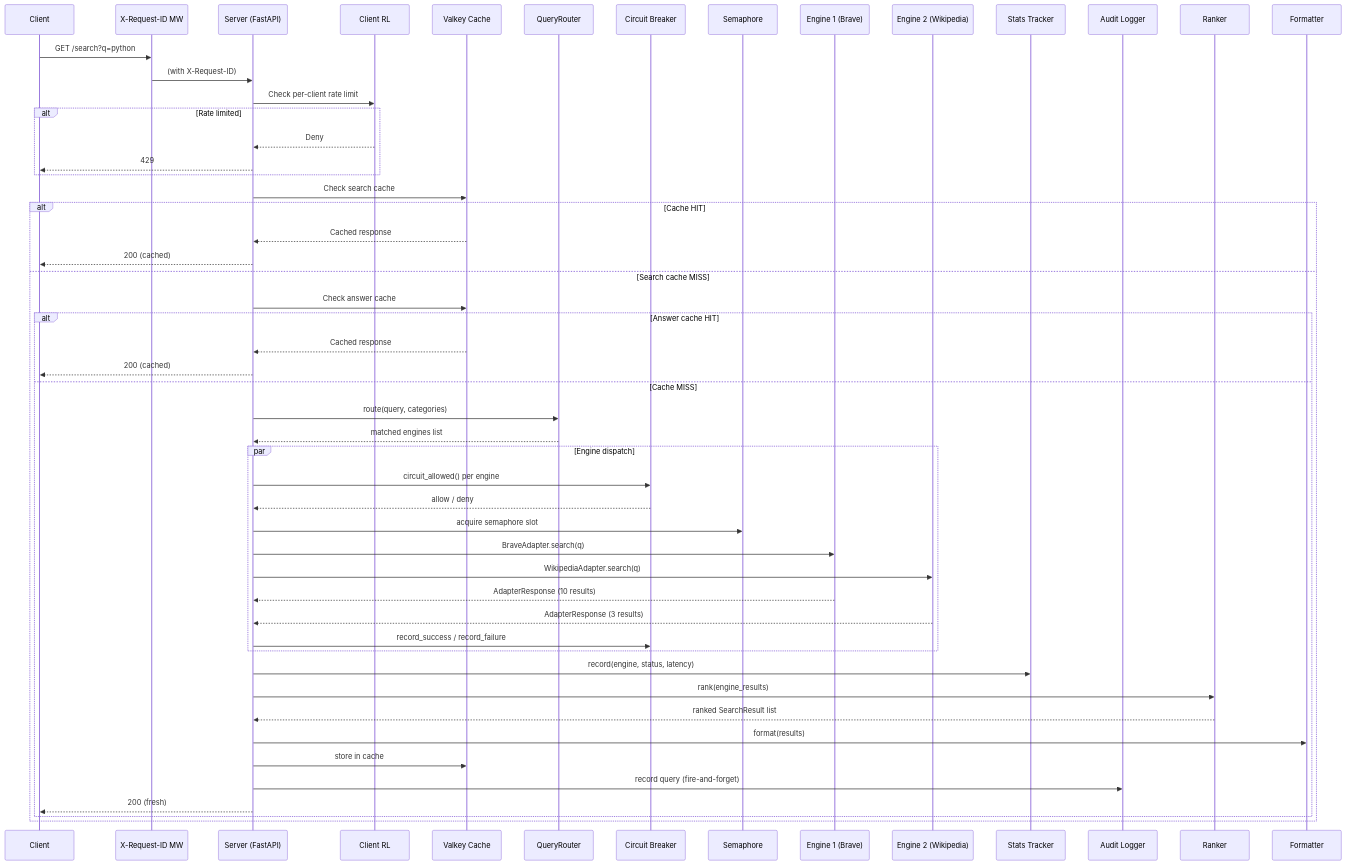
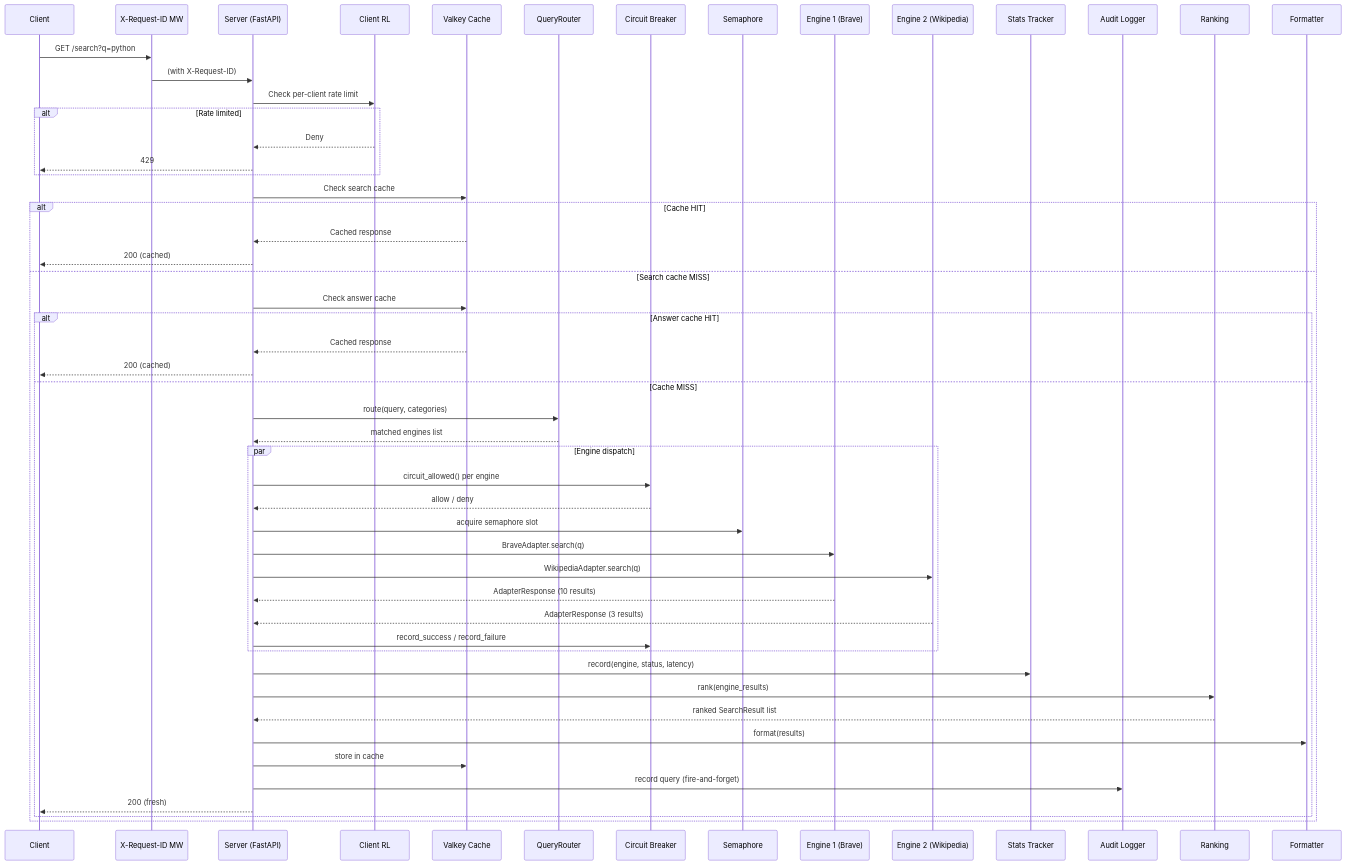
Before and after one commit to magnus919/SlopSearX: the second of 2 diagrams in droid-wiki/overview/architecture.md, drawn with Mermaid. The commit also changed 5 other files, not shown here.

````diff
--- a/droid-wiki/overview/architecture.md
+++ b/droid-wiki/overview/architecture.md
@@ -25,56 +25,56 @@
 ```mermaid
 sequenceDiagram
     participant C as Client
     participant MW as X-Request-ID MW
     participant S as Server (FastAPI)
     participant RL as Client RL
     participant CACHE as Valkey Cache
     participant QR as QueryRouter
     participant CB as Circuit Breaker
     participant SM as Semaphore
     participant E1 as Engine 1 (Brave)
     participant E2 as Engine 2 (Wikipedia)
     participant STATS as Stats Tracker
     participant AUDIT as Audit Logger
-    participant R as Ranker
+    participant R as Ranking
     participant F as Formatter
 
     C->>MW: GET /search?q=python
     MW->>S: (with X-Request-ID)
     S->>RL: Check per-client rate limit
     alt Rate limited
         RL-->>S: Deny
         S-->>C: 429
     end
     S->>CACHE: Check search cache
     alt Cache HIT
         CACHE-->>S: Cached response
         S-->>C: 200 (cached)
     else Search cache MISS
         S->>CACHE: Check answer cache
         alt Answer cache HIT
             CACHE-->>S: Cached response
             S-->>C: 200 (cached)
         else Cache MISS
             S->>QR: route(query, categories)
             QR-->>S: matched engines list
             par Engine dispatch
                 S->>CB: circuit_allowed() per engine
                 CB-->>S: allow / deny
                 S->>SM: acquire semaphore slot
                 S->>E1: BraveAdapter.search(q)
                 S->>E2: WikipediaAdapter.search(q)
                 E1-->>S: AdapterResponse (10 results)
                 E2-->>S: AdapterResponse (3 results)
                 S->>CB: record_success / record_failure
             end
             S->>STATS: record(engine, status, latency)
             S->>R: rank(engine_results)
             R-->>S: ranked SearchResult list
             S->>F: format(results)
             S->>CACHE: store in cache
             S->>AUDIT: record query (fire-and-forget)
             S-->>C: 200 (fresh)
         end
     end
 ```
````
